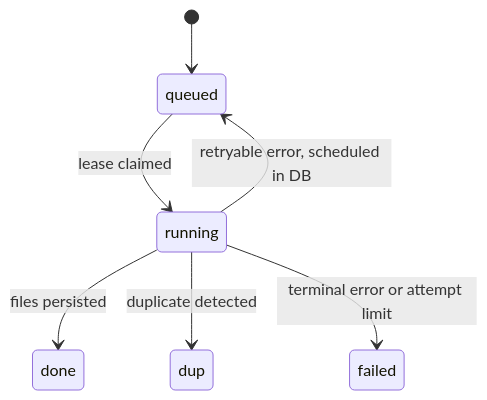
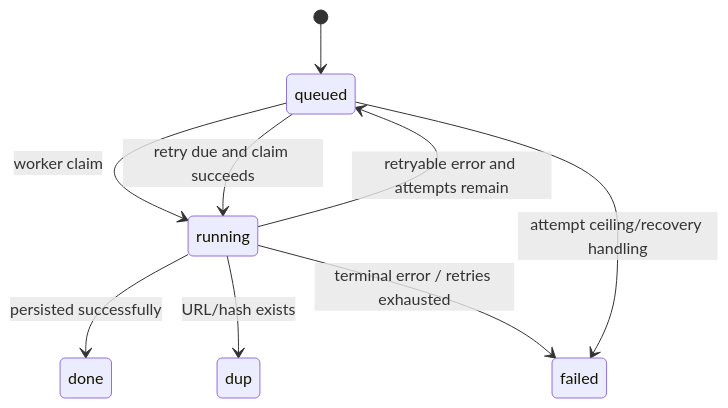
Before and after one commit to ekolancer/SocDownload: the third of 3 diagrams in docs/02-architecture/LLD.md, drawn with Mermaid. The commit also changed other lines of this file and 25 other files, not shown here.

````diff
--- a/docs/02-architecture/LLD.md
+++ b/docs/02-architecture/LLD.md
@@ -25,9 +142,11 @@
 ```mermaid
 stateDiagram-v2
- [*] --> queued
- queued --> running: lease claimed
- running --> done: files persisted
- running --> dup: duplicate detected
- running --> failed: terminal error or attempt limit
- running --> queued: retryable error, scheduled in DB
+    [*] --> queued
+    queued --> running: worker claim
+    running --> done: persisted successfully
+    running --> dup: URL/hash exists
+    running --> queued: retryable error and attempts remain
+    queued --> running: retry due and claim succeeds
+    running --> failed: terminal error / retries exhausted
+    queued --> failed: attempt ceiling/recovery handling
 ```
````
